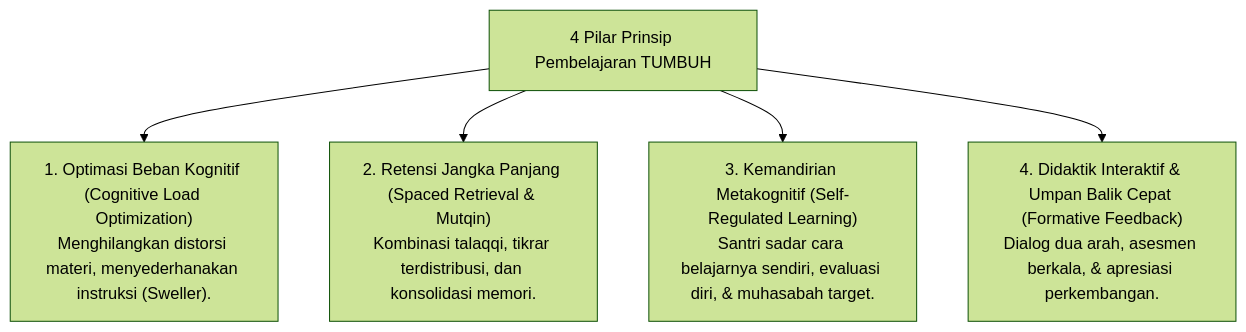
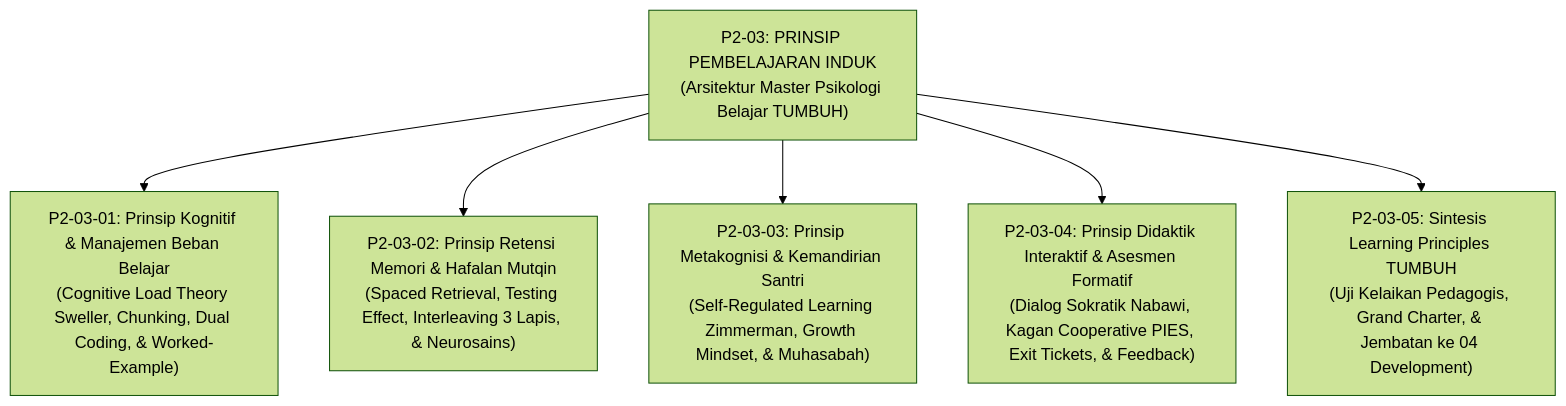
One commit to wandiapriliyandi/tumbuh changed the second of 3 diagrams in 02 Principles/03 Learning Principles/P2-03-Prinsip-Psikologi-Belajar-TUMBUH.md. Above: the diagram before and after it, drawn with Mermaid (forest theme). The commit also changed other lines of this file and 42 other files, not shown here.

````diff
--- a/02 Principles/03 Learning Principles/P2-03-Prinsip-Psikologi-Belajar-TUMBUH.md
+++ b/02 Principles/03 Learning Principles/P2-03-Prinsip-Psikologi-Belajar-TUMBUH.md
@@ -10,9 +68,10 @@
 ```mermaid
 graph TD
-    Belajar["4 Pilar Prinsip Pembelajaran TUMBUH"]
+    Master["P2-03: PRINSIP PEMBELAJARAN INDUK<br/>(Arsitektur Master Psikologi Belajar TUMBUH)"]
     
-    Belajar --> L1["1. Optimasi Beban Kognitif (Cognitive Load Optimization)<br/>Menghilangkan distorsi materi, menyederhanakan instruksi (Sweller)."]
-    Belajar --> L2["2. Retensi Jangka Panjang (Spaced Retrieval & Mutqin)<br/>Kombinasi talaqqi, tikrar terdistribusi, dan konsolidasi memori."]
-    Belajar --> L3["3. Kemandirian Metakognitif (Self-Regulated Learning)<br/>Santri sadar cara belajarnya sendiri, evaluasi diri, & muhasabah target."]
-    Belajar --> L4["4. Didaktik Interaktif & Umpan Balik Cepat (Formative Feedback)<br/>Dialog dua arah, asesmen berkala, & apresiasi perkembangan."]
+    Master --> M1["P2-03-01: Prinsip Kognitif & Manajemen Beban Belajar<br/>(Cognitive Load Theory Sweller, Chunking, Dual Coding, & Worked-Example)"]
+    Master --> M2["P2-03-02: Prinsip Retensi Memori & Hafalan Mutqin<br/>(Spaced Retrieval, Testing Effect, Interleaving 3 Lapis, & Neurosains)"]
+    Master --> M3["P2-03-03: Prinsip Metakognisi & Kemandirian Santri<br/>(Self-Regulated Learning Zimmerman, Growth Mindset, & Muhasabah)"]
+    Master --> M4["P2-03-04: Prinsip Didaktik Interaktif & Asesmen Formatif<br/>(Dialog Sokratik Nabawi, Kagan Cooperative PIES, Exit Tickets, & Feedback)"]
+    Master --> M5["P2-03-05: Sintesis Learning Principles TUMBUH<br/>(Uji Kelaikan Pedagogis, Grand Charter, & Jembatan ke 04 Development)"]
 ```
````
